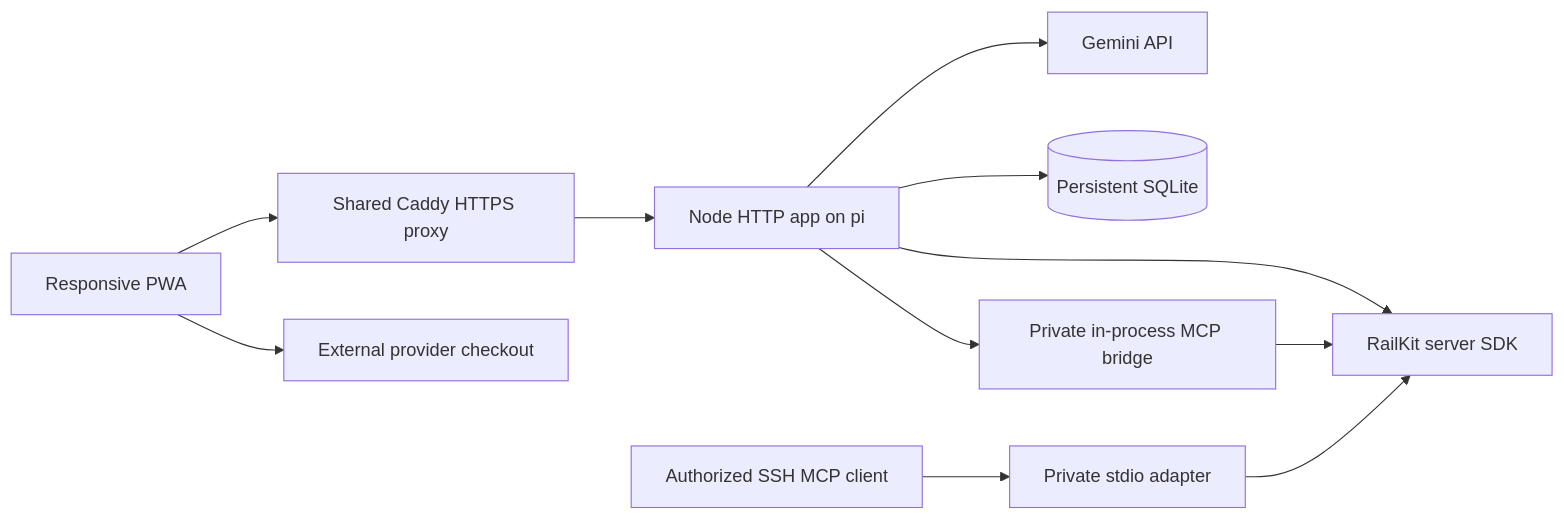
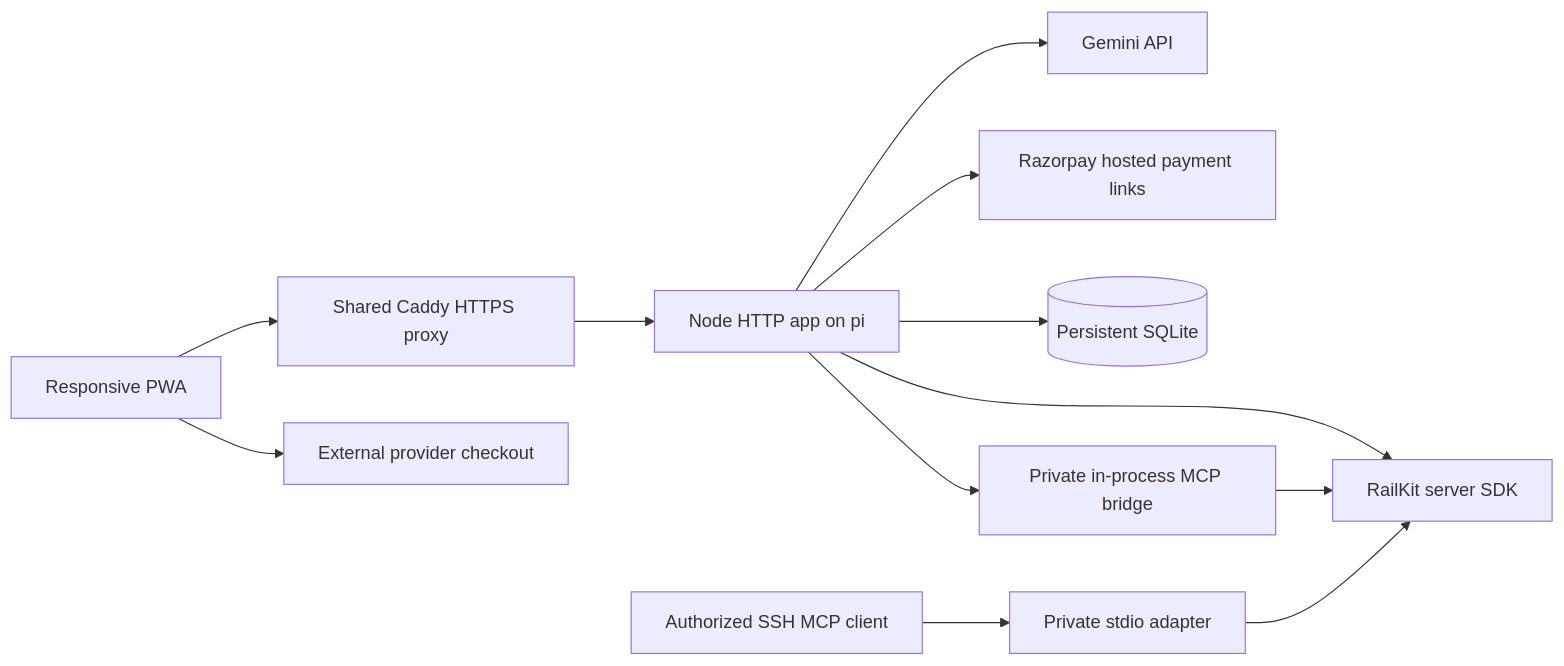
Before and after one commit to Akt-AI/AIBooking: the diagram in docs/ARCHITECTURE.md, drawn with Mermaid. The commit also changed other lines of this file and 22 other files, not shown here.

Commit message:
Integrate hosted wallet checkout with verified payment requests and admin controls

````diff
--- a/docs/ARCHITECTURE.md
+++ b/docs/ARCHITECTURE.md
@@ -5,13 +5,14 @@
 ```mermaid
 flowchart LR
   Browser[Responsive PWA] --> Caddy[Shared Caddy HTTPS proxy]
   Caddy --> App[Node HTTP app on pi]
   App --> Rail[RailKit server SDK]
   App --> AI[Gemini API]
+  App --> Payments[Razorpay hosted payment links]
   App --> SQLite[(Persistent SQLite)]
   App --> MCP[Private in-process MCP bridge]
   MCP --> Rail
   Browser --> Handoff[External provider checkout]
   External[Authorized SSH MCP client] --> Stdio[Private stdio adapter]
   Stdio --> Rail
 ```
````
